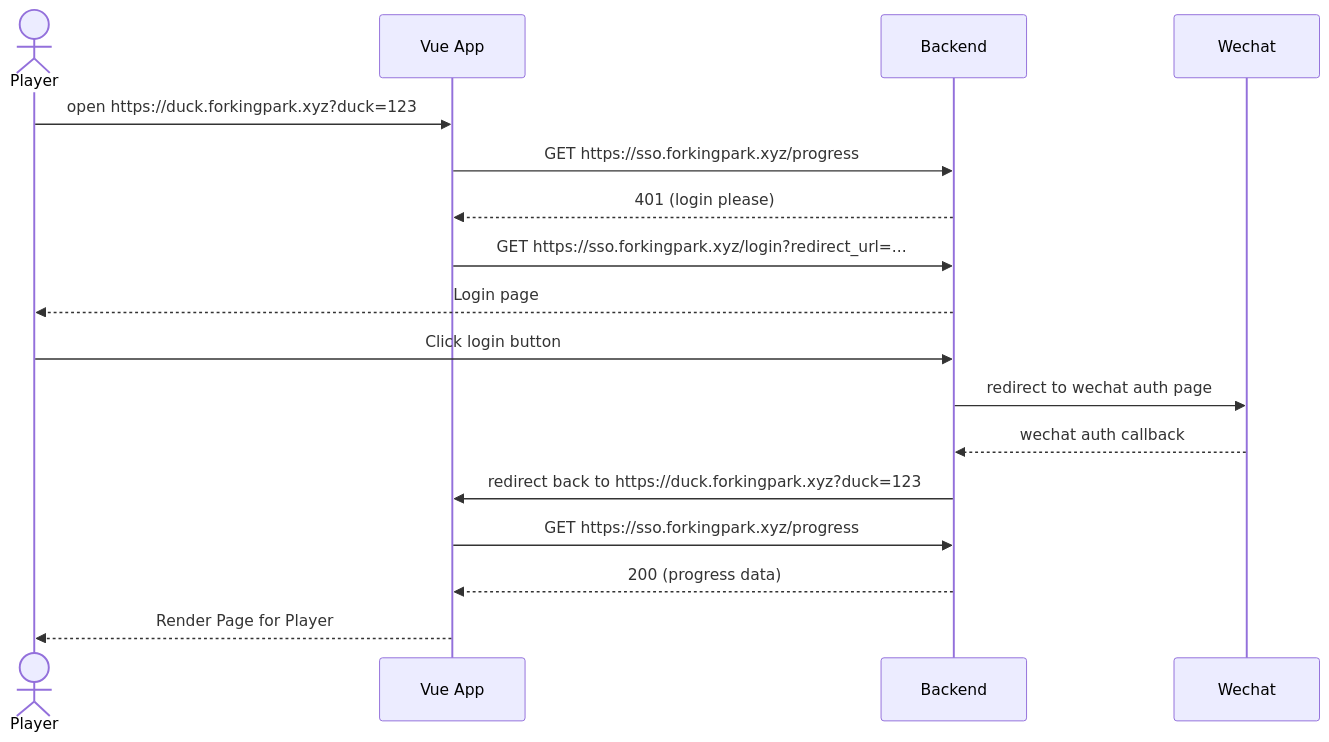
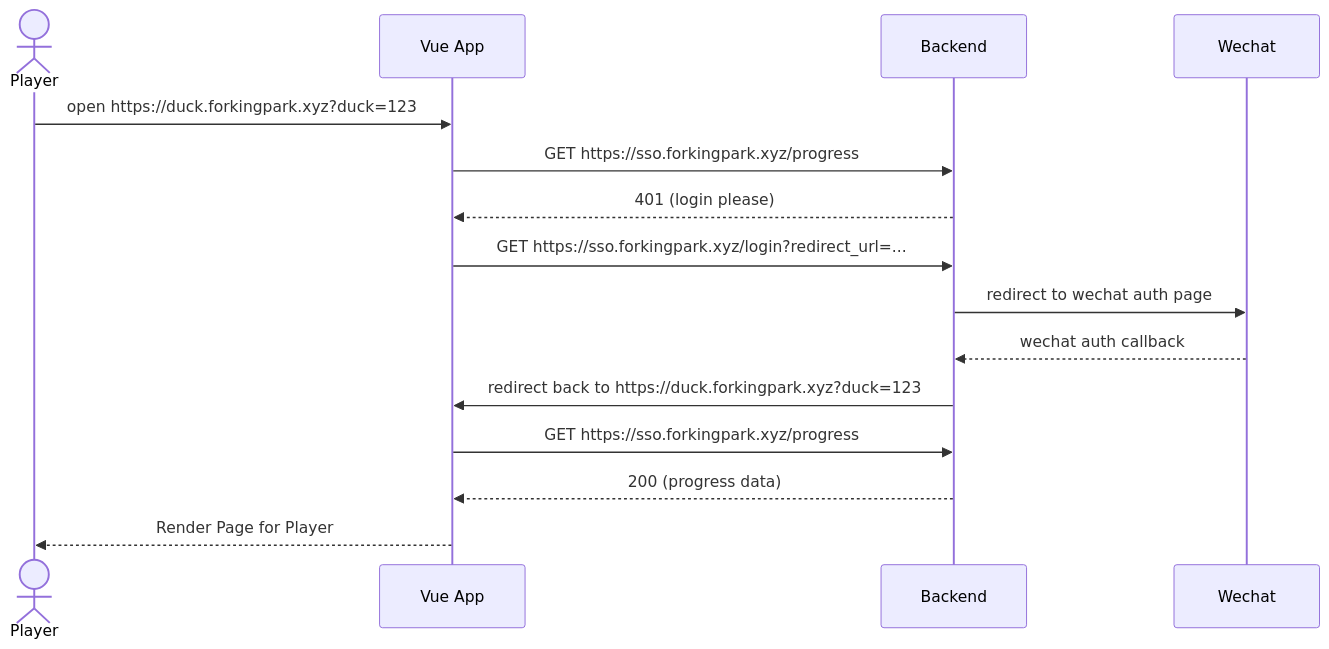
The diagram in api-doc.md (Congyuwang/cyberduck-backend), drawn with Mermaid before and after one commit. The commit also changed other lines of this file and 24 other files, not shown here.

````diff
--- a/api-doc.md
+++ b/api-doc.md
@@ -97,16 +97,14 @@
 ```mermaid
 sequenceDiagram
     actor Player
     Player->>Vue App: open https://duck.forkingpark.xyz?duck=123
     Vue App->>Backend: GET https://sso.forkingpark.xyz/progress
     Backend-->>Vue App: 401 (login please)
     Vue App->>Backend: GET https://sso.forkingpark.xyz/login?redirect_url=...
-    Backend-->>Player: Login page
-    Player->>Backend: Click login button
     Backend->>Wechat: redirect to wechat auth page
     Wechat-->>Backend: wechat auth callback
     Backend->>Vue App: redirect back to https://duck.forkingpark.xyz?duck=123
     Vue App->>Backend: GET https://sso.forkingpark.xyz/progress
     Backend-->>Vue App: 200 (progress data)
     Vue App-->>Player: Render Page for Player
 ```
````
